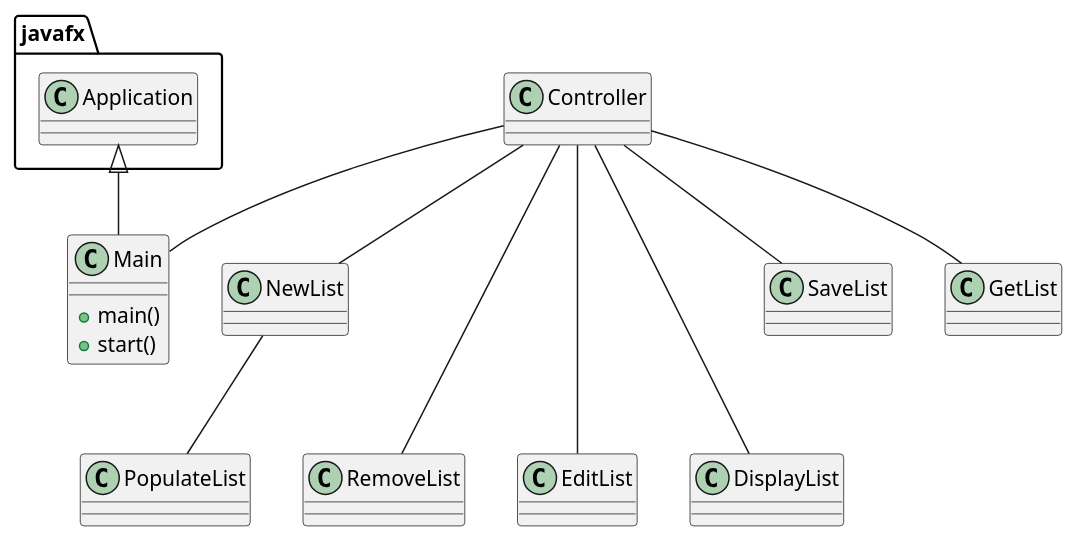
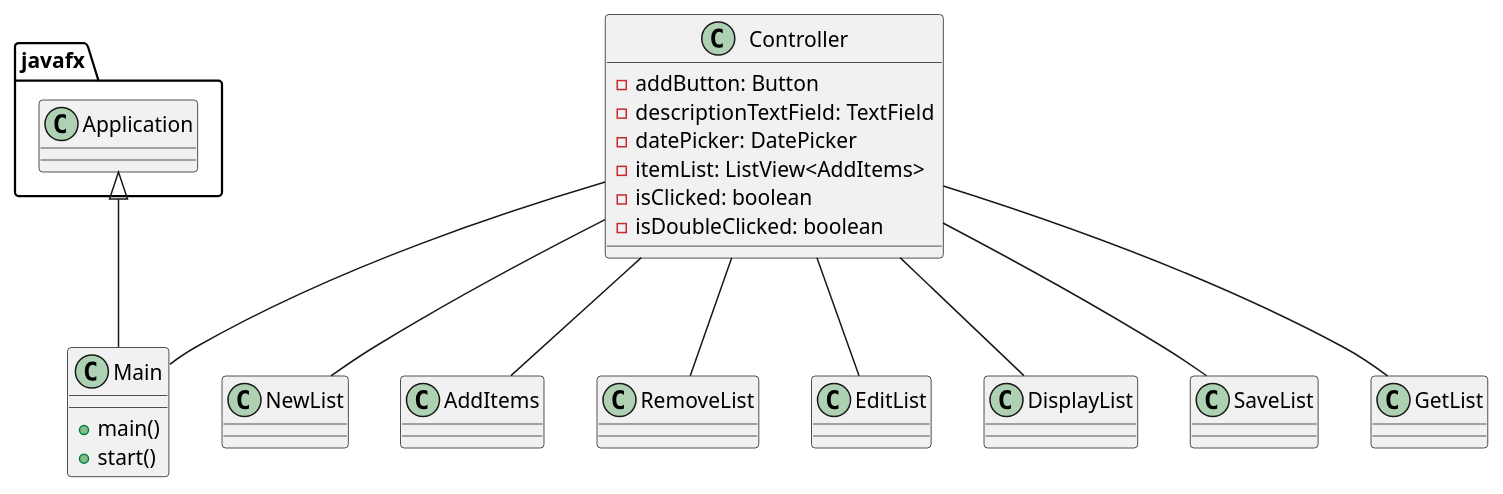
The diagram in uml/ToDoList.puml (GabrielFernandez14/fernandez-cop3330-assignment4), drawn with PlantUML before and after one commit. The commit also changed 10 other files, not shown here.

```diff
--- a/uml/ToDoList.puml
+++ b/uml/ToDoList.puml
@@ -1,35 +1,42 @@
 @startuml
 'https://plantuml.com/sequence-diagram
 
 class Main {
     + main()
     + start()
 }
+
 class Controller {
+    - addButton: Button
+    - descriptionTextField: TextField
+    - datePicker: DatePicker
+    - itemList: ListView<AddItems>
+    - isClicked: boolean
+    - isDoubleClicked: boolean
 }
 class NewList {
 }
-class PopulateList {
+class AddItems {
 }
 class RemoveList {
 }
 class EditList {
 }
 class DisplayList {
 }
 class SaveList {
 }
 class GetList {
 }
 
 javafx.Application <|-- Main
 Controller -- Main
 Controller -- NewList
-Controller --- RemoveList
-Controller --- EditList
-Controller --- DisplayList
+Controller -- RemoveList
+Controller -- EditList
+Controller -- DisplayList
 Controller -- SaveList
 Controller -- GetList
-NewList -- PopulateList
+Controller -- AddItems
 
 @enduml
```
